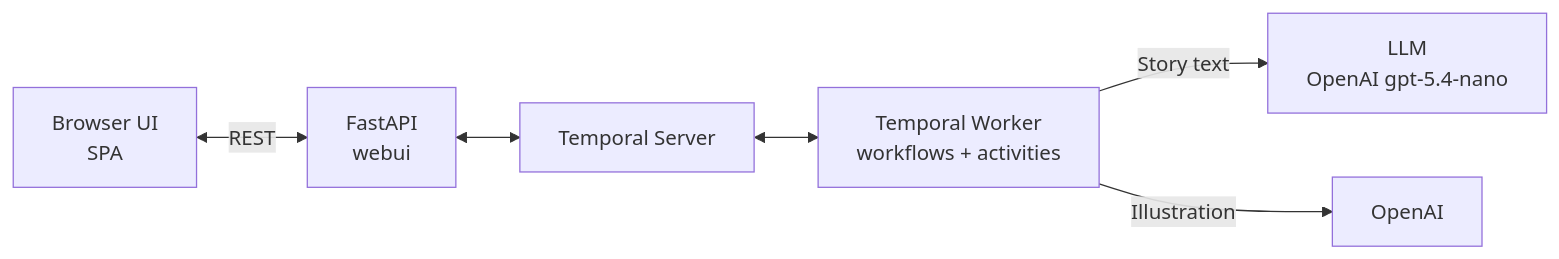
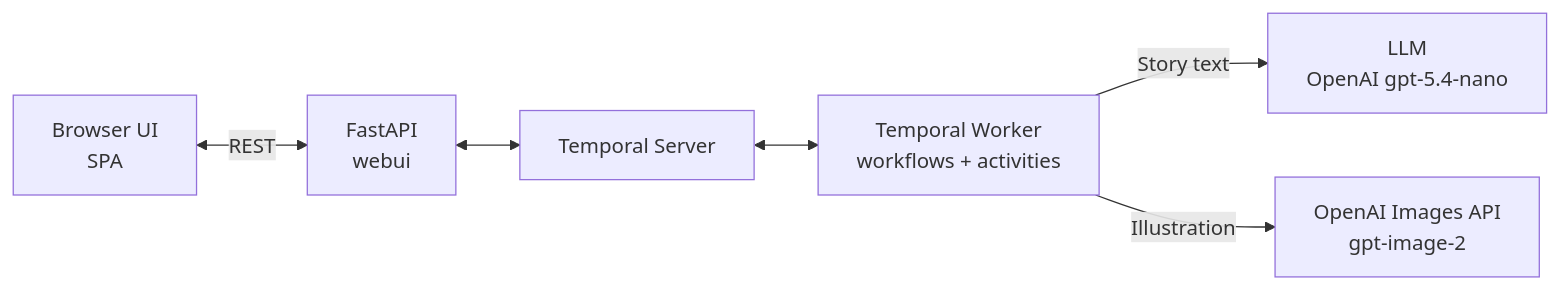
The diagram in README.md (alexandreroman/temporal-bedtime-agent), drawn with Mermaid before and after one commit. The commit also changed other lines of this file and 8 other files, not shown here.

First line of the commit message:
Switch illustration generation to OpenAI gpt-image-2

````diff
--- a/README.md
+++ b/README.md
@@ -21,8 +21,8 @@
 ```mermaid
 graph LR
     A[Browser UI<br/>SPA] <-->|REST| B[FastAPI<br/>webui]
     B <--> C[Temporal Server]
     C <--> D[Temporal Worker<br/>workflows + activities]
     D -->|Story text| E[LLM<br/>OpenAI gpt-5.4-nano]
-    D -->|Illustration| F[OpenAI]
+    D -->|Illustration| F[OpenAI Images API<br/>gpt-image-2]
 ```
````
